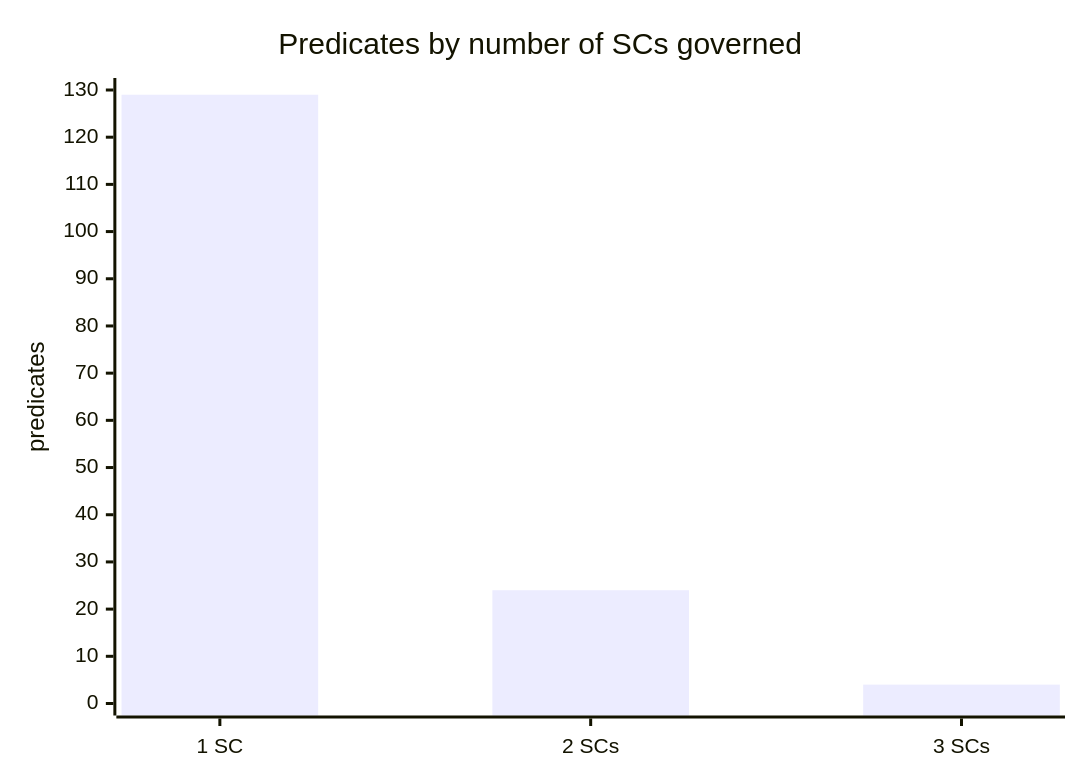
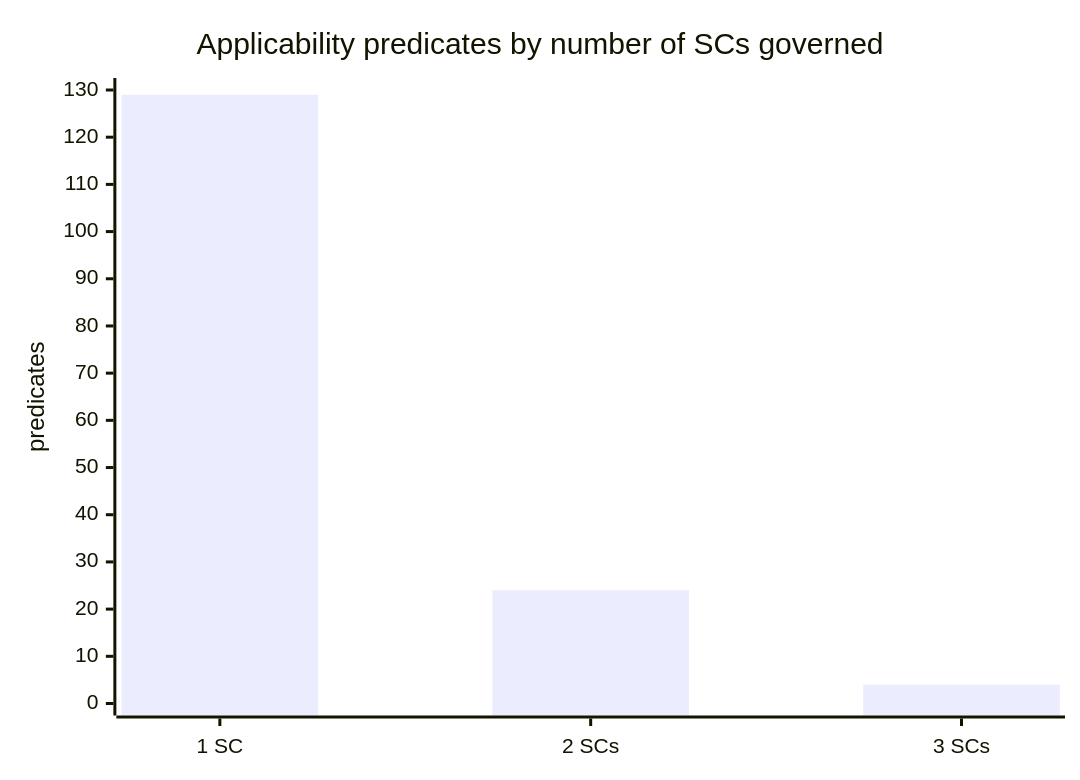
One commit to UN-ICC/a11y-assist changed the first of 3 diagrams in docs/classifier.md. Above: the diagram before and after it, drawn with Mermaid. The commit also changed other lines of this file and 6 other files, not shown here.

````diff
--- a/docs/classifier.md
+++ b/docs/classifier.md
@@ -50,7 +51,7 @@
 ```mermaid
 xychart-beta
-    title "Predicates by number of SCs governed"
+    title "Applicability predicates by number of SCs governed"
     x-axis ["1 SC", "2 SCs", "3 SCs"]
     y-axis "predicates" 0 --> 130
     bar [129, 24, 4]
 ```
````
